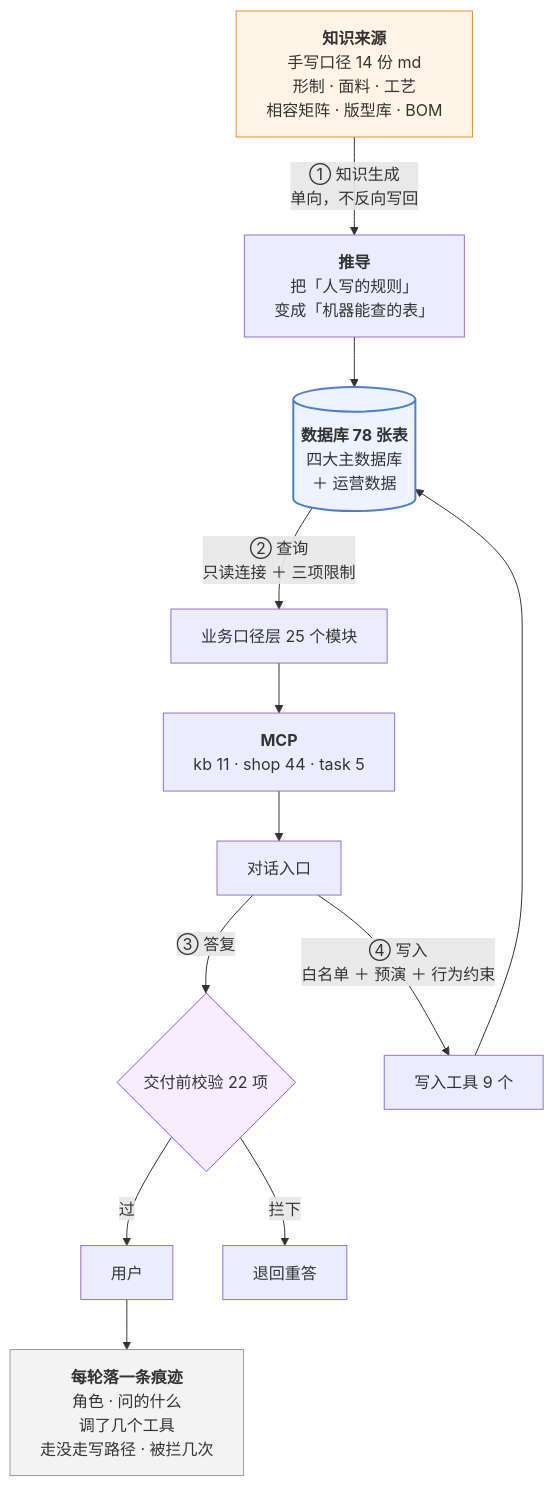
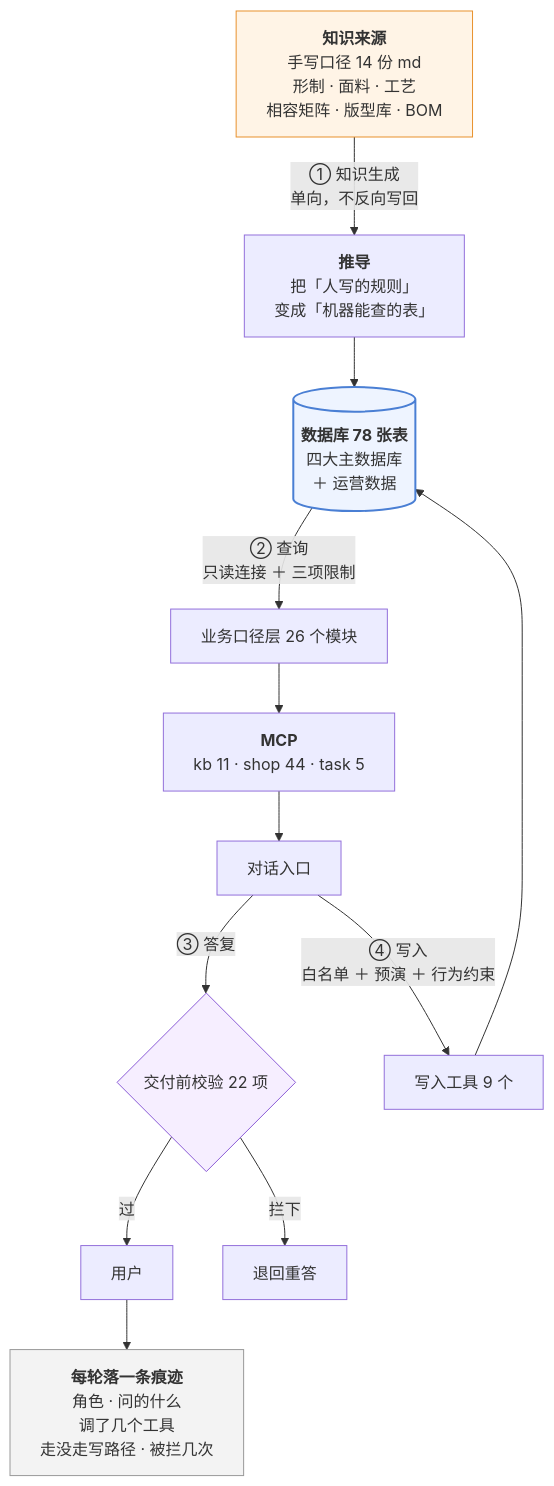
The third of 4 diagrams in 澜绣云裳agent-产品需求文档.md (843773296-rgb/lanxiu-yunshang-agent), drawn with Mermaid before and after one commit. The commit also changed other lines of this file and 18 other files, not shown here.

````diff
--- a/澜绣云裳agent-产品需求文档.md
+++ b/澜绣云裳agent-产品需求文档.md
@@ -375,24 +376,24 @@
 ```mermaid
 flowchart TD
     MD["<b>知识来源</b><br/>手写口径 14 份 md<br/>形制 · 面料 · 工艺<br/>相容矩阵 · 版型库 · BOM"]
     MD -->|"① 知识生成<br/>单向，不反向写回"| DV["<b>推导</b><br/>把「人写的规则」<br/>变成「机器能查的表」"]
     DV --> DB[("<b>数据库 78 张表</b><br/>四大主数据库<br/>＋ 运营数据")]
 
-    DB -->|"② 查询<br/>只读连接 ＋ 三项限制"| KJ["业务口径层 25 个模块"]
+    DB -->|"② 查询<br/>只读连接 ＋ 三项限制"| KJ["业务口径层 26 个模块"]
     KJ --> MCP["<b>MCP</b><br/>kb 11 · shop 44 · task 5"]
     MCP --> LLM["对话入口"]
 
     LLM -->|"③ 答复"| GD{"交付前校验 22 项"}
     GD -- 过 --> U["用户"]
     GD -- 拦下 --> RE["退回重答"]
 
     LLM -->|"④ 写入<br/>白名单 ＋ 预演 ＋ 行为约束"| W["写入工具 9 个"]
     W --> DB
 
     U --> TR["<b>每轮落一条痕迹</b><br/>角色 · 问的什么<br/>调了几个工具<br/>走没走写路径 · 被拦几次"]
 
     style MD fill:#fff4e6,stroke:#e8912d
     style DB fill:#eef4ff,stroke:#4a7fd4,stroke-width:2px
     style GD fill:#f6eeff,stroke:#8b5cd6
     style TR fill:#f3f3f3,stroke:#999
 ```
````
